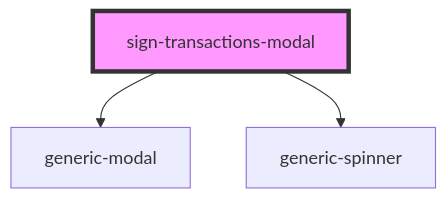
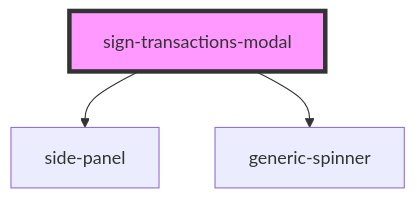
Before and after one commit to multiversx/mx-sdk-dapp-ui: the diagram in src/components/functional/sign-transactions-modal/readme.md, drawn with Mermaid. The commit also changed other lines of this file and 29 other files, not shown here.

Commit message:
Refactored side panel and migrated from modals

````diff
--- a/src/components/functional/sign-transactions-modal/readme.md
+++ b/src/components/functional/sign-transactions-modal/readme.md
@@ -36,6 +36,6 @@
 ```mermaid
 graph TD;
-  sign-transactions-modal --> generic-modal
+  sign-transactions-modal --> side-panel
   sign-transactions-modal --> generic-spinner
   style sign-transactions-modal fill:#f9f,stroke:#333,stroke-width:4px
 ```
````
